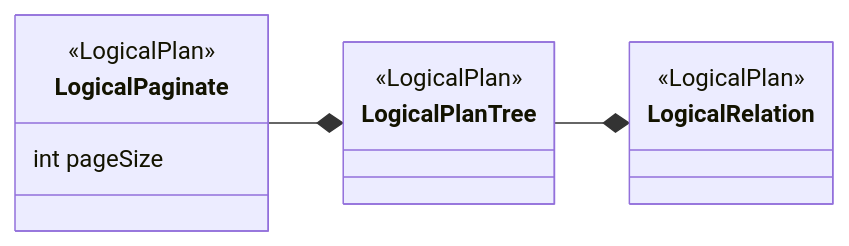
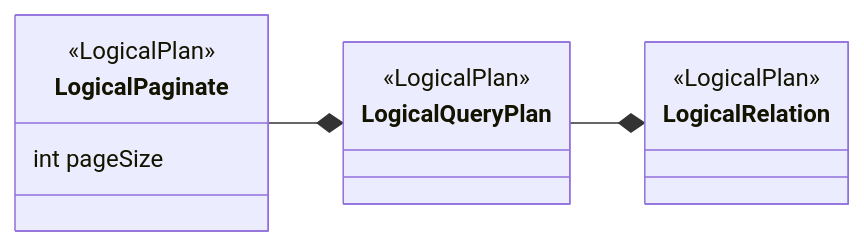
Before and after one commit to opensearch-project/sql: the sixth of 18 diagrams in docs/dev/Pagination-v2.md, drawn with Mermaid. The commit also changed other lines of this file, not shown here.

````diff
--- a/docs/dev/Pagination-v2.md
+++ b/docs/dev/Pagination-v2.md
@@ -283,16 +256,16 @@
 ```mermaid
 classDiagram
   direction LR
   class LogicalPaginate {
     <<LogicalPlan>>
     int pageSize
   }
-  class LogicalPlanTree {
+  class LogicalQueryPlan {
     <<LogicalPlan>>
   }
   class LogicalRelation {
     <<LogicalPlan>>
   }
-  LogicalPaginate --* LogicalPlanTree
-  LogicalPlanTree --* LogicalRelation
+  LogicalPaginate --* LogicalQueryPlan
+  LogicalQueryPlan --* LogicalRelation
 ```
````
